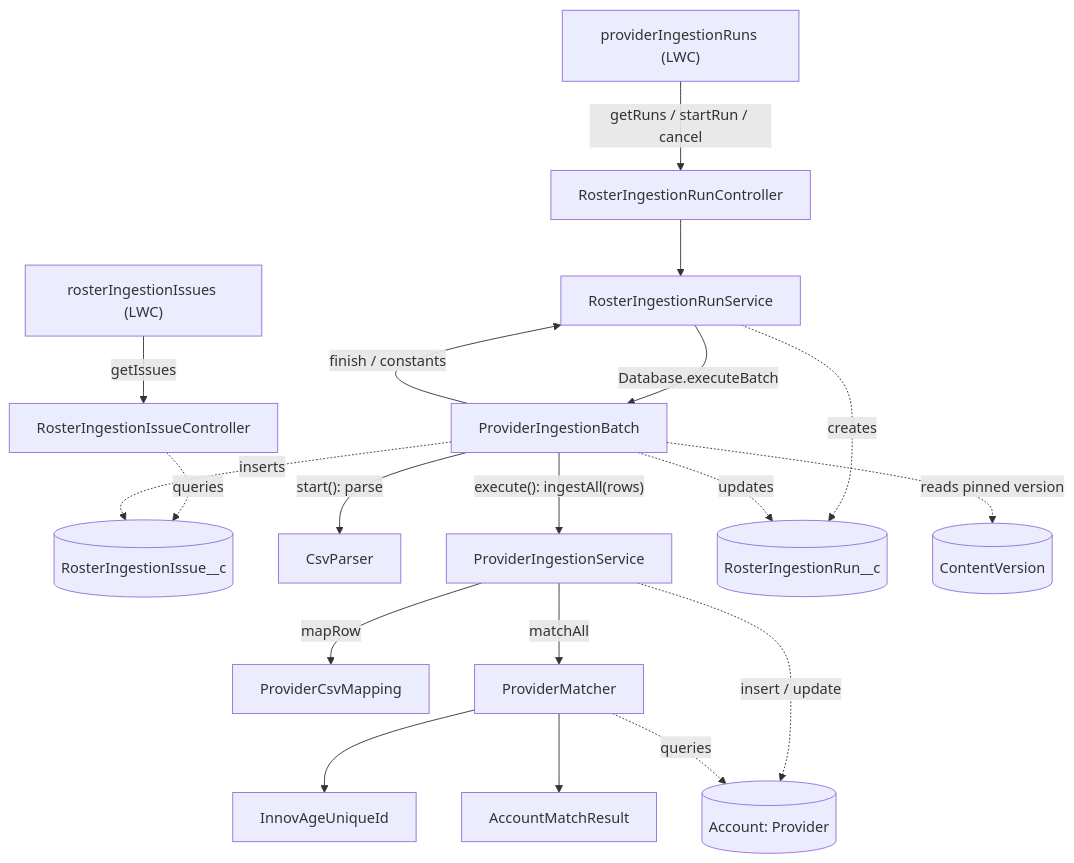
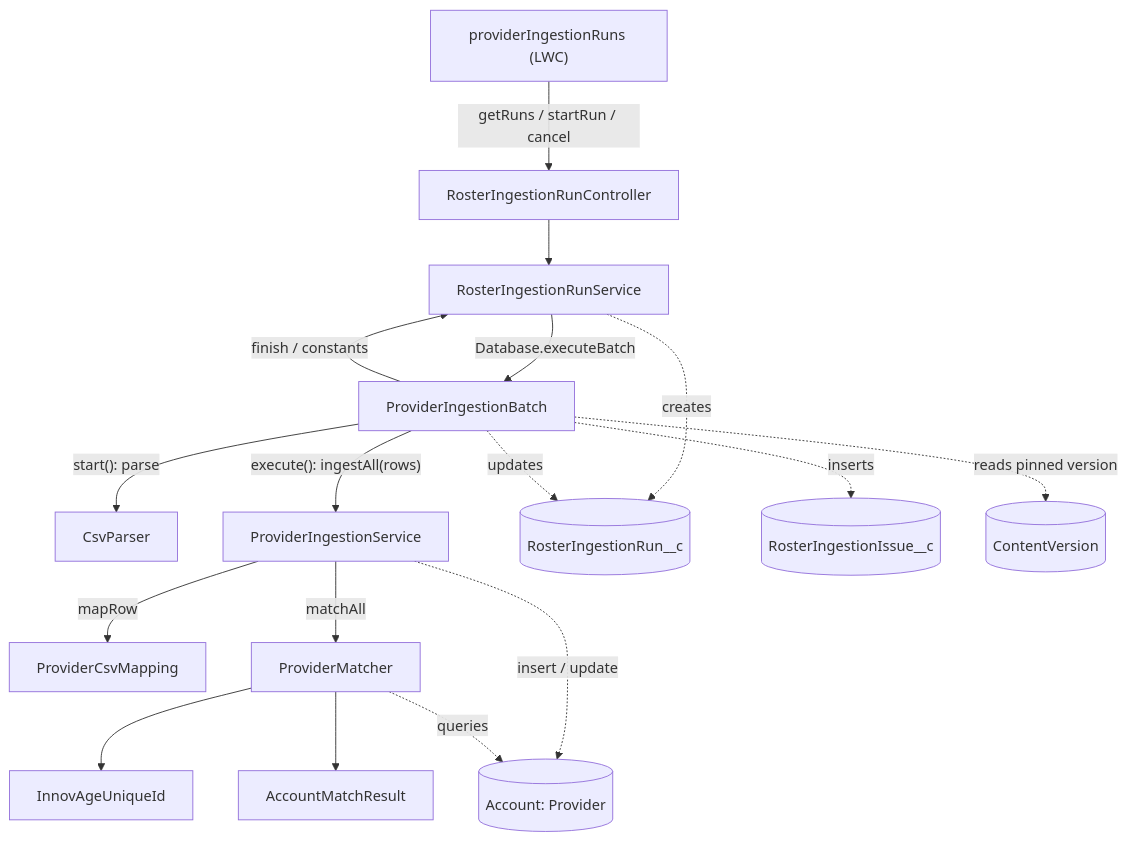
The first of 3 diagrams in docs/architecture/provider-bulk-ingestion.md (iwaisman/innovage), drawn with Mermaid before and after one commit. The commit also changed other lines of this file and 10 other files, not shown here.

Commit message:
Provider Ingestion: removed custom lwc and replaced with a dynamic related list.

````diff
--- a/docs/architecture/provider-bulk-ingestion.md
+++ b/docs/architecture/provider-bulk-ingestion.md
@@ -77,23 +75,21 @@
 ```mermaid
 flowchart TD
     LWC["providerIngestionRuns (LWC)"] -->|getRuns / startRun / cancel| CTRL[RosterIngestionRunController]
-    ISSUELWC["rosterIngestionIssues (LWC)"] -->|getIssues| ICTRL[RosterIngestionIssueController]
-    ICTRL -.->|queries| ISSUE
     CTRL --> RUN[RosterIngestionRunService]
     RUN -->|Database.executeBatch| BATCH[ProviderIngestionBatch]
     BATCH -->|finish / constants| RUN
 
     BATCH -->|"start(): parse"| CSV[CsvParser]
     BATCH -->|"execute(): ingestAll(rows)"| SVC[ProviderIngestionService]
     SVC -->|mapRow| MAP[ProviderCsvMapping]
     SVC -->|matchAll| MATCH[ProviderMatcher]
     MATCH --> UID[InnovAgeUniqueId]
     MATCH --> AMR[AccountMatchResult]
 
     RUN -.->|creates| RUNOBJ[(RosterIngestionRun__c)]
     BATCH -.->|updates| RUNOBJ
     BATCH -.->|inserts| ISSUE[(RosterIngestionIssue__c)]
     BATCH -.->|reads pinned version| CV[(ContentVersion)]
     SVC -.->|insert / update| ACC[(Account: Provider)]
     MATCH -.->|queries| ACC
 ```
````
